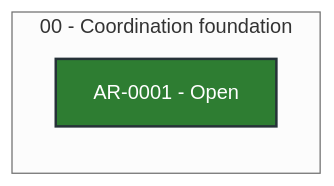
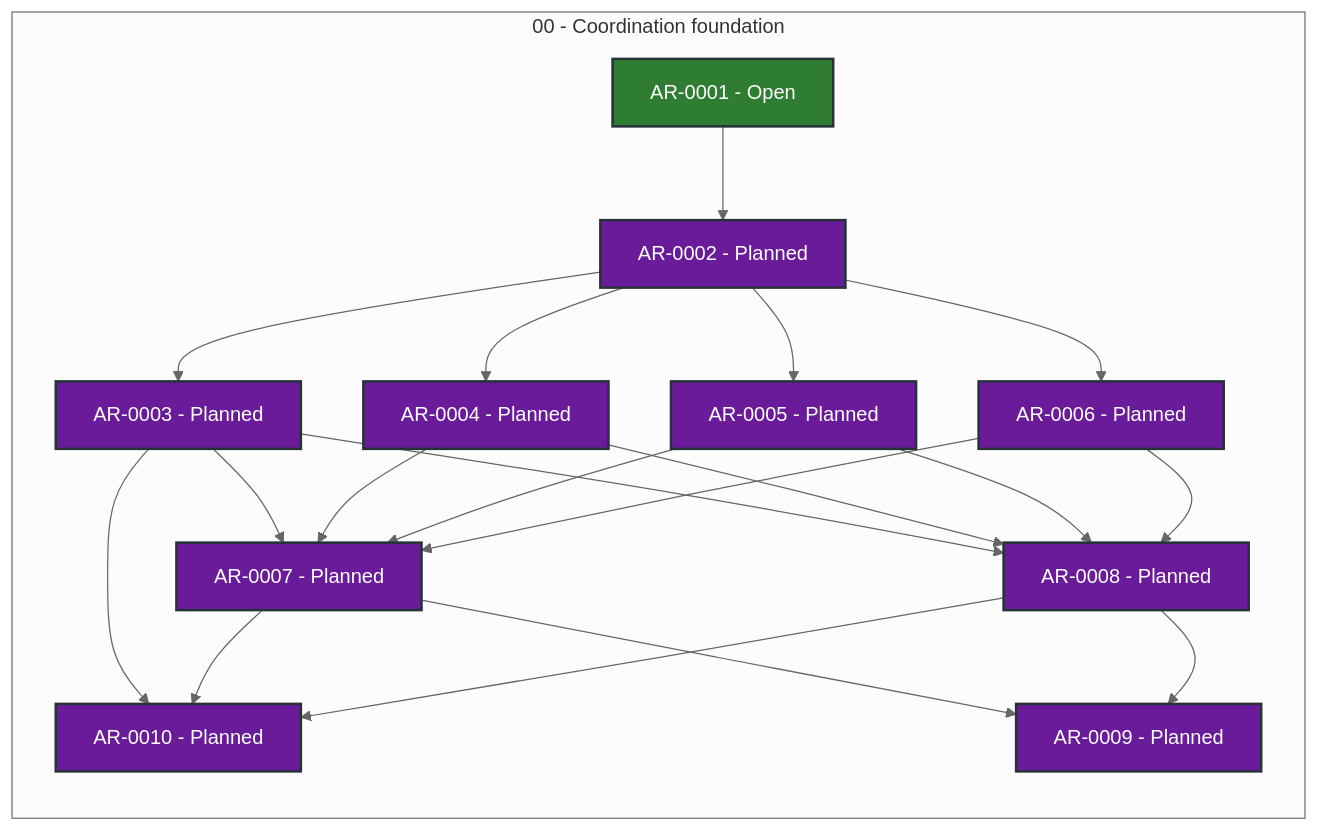
Before and after one commit to martin-beck/agent-workflow-coordinator-state: the diagram in STATUS.md, drawn with Mermaid (neutral theme). The commit also changed other lines of this file and 20 other files, not shown here.

````diff
--- a/STATUS.md
+++ b/STATUS.md
@@ -27,15 +27,42 @@
 ```mermaid
 flowchart LR
     subgraph series_00["00 - Coordination foundation"]
         direction TB
         AR_0001["AR-0001 - Open"]:::status_open
+        AR_0002["AR-0002 - Planned"]:::status_planned
+        AR_0003["AR-0003 - Planned"]:::status_planned
+        AR_0004["AR-0004 - Planned"]:::status_planned
+        AR_0005["AR-0005 - Planned"]:::status_planned
+        AR_0006["AR-0006 - Planned"]:::status_planned
+        AR_0007["AR-0007 - Planned"]:::status_planned
+        AR_0008["AR-0008 - Planned"]:::status_planned
+        AR_0009["AR-0009 - Planned"]:::status_planned
+        AR_0010["AR-0010 - Planned"]:::status_planned
     end
+    AR_0001 --> AR_0002
+    AR_0002 --> AR_0003
+    AR_0002 --> AR_0004
+    AR_0002 --> AR_0005
+    AR_0002 --> AR_0006
+    AR_0003 --> AR_0007
+    AR_0003 --> AR_0008
+    AR_0003 --> AR_0010
+    AR_0004 --> AR_0007
+    AR_0004 --> AR_0008
+    AR_0005 --> AR_0007
+    AR_0005 --> AR_0008
+    AR_0006 --> AR_0007
+    AR_0006 --> AR_0008
+    AR_0007 --> AR_0009
+    AR_0007 --> AR_0010
+    AR_0008 --> AR_0009
+    AR_0008 --> AR_0010
     classDef status_in_progress fill:#1565c0,color:#ffffff,stroke:#263238,stroke-width:2px
     classDef status_open fill:#2e7d32,color:#ffffff,stroke:#263238,stroke-width:2px
     classDef status_blocked fill:#c62828,color:#ffffff,stroke:#263238,stroke-width:2px
     classDef status_planned fill:#6a1b9a,color:#ffffff,stroke:#263238,stroke-width:2px
     classDef status_future fill:#455a64,color:#ffffff,stroke:#263238,stroke-width:2px
     classDef status_done fill:#00695c,color:#ffffff,stroke:#263238,stroke-width:2px
     classDef status_cancelled fill:#616161,color:#ffffff,stroke:#263238,stroke-width:2px
     classDef status_superseded fill:#5d4037,color:#ffffff,stroke:#263238,stroke-width:2px
 ```
````
